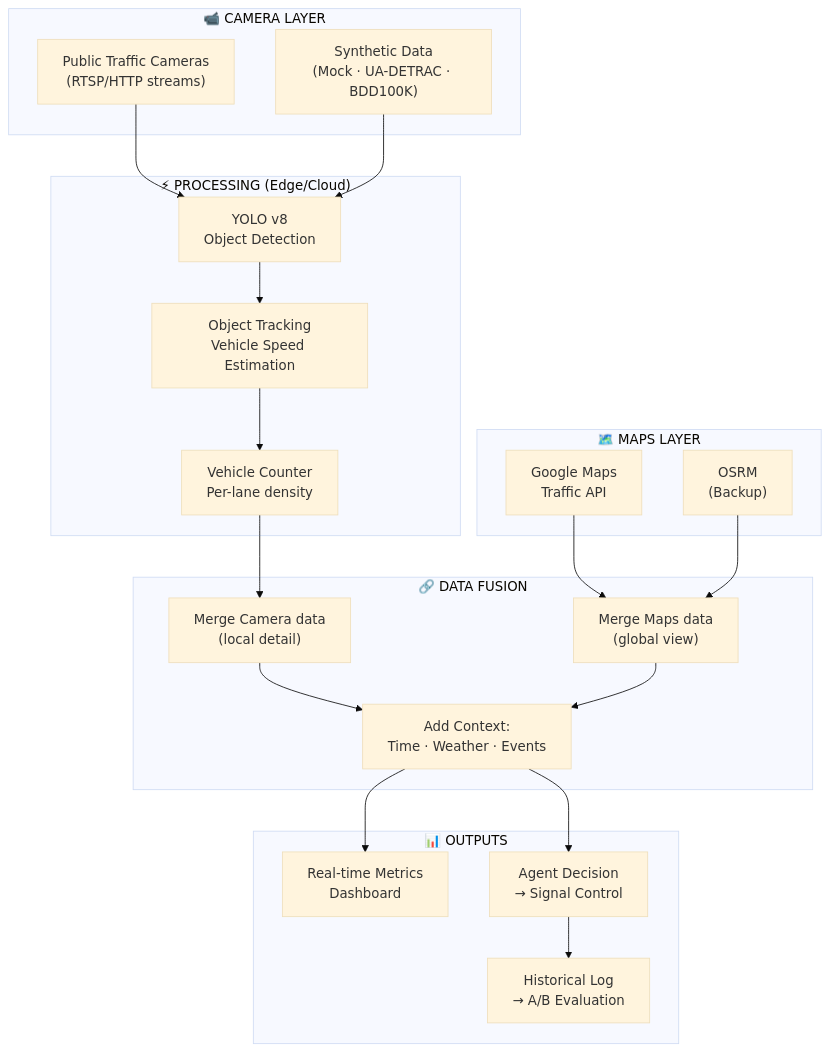
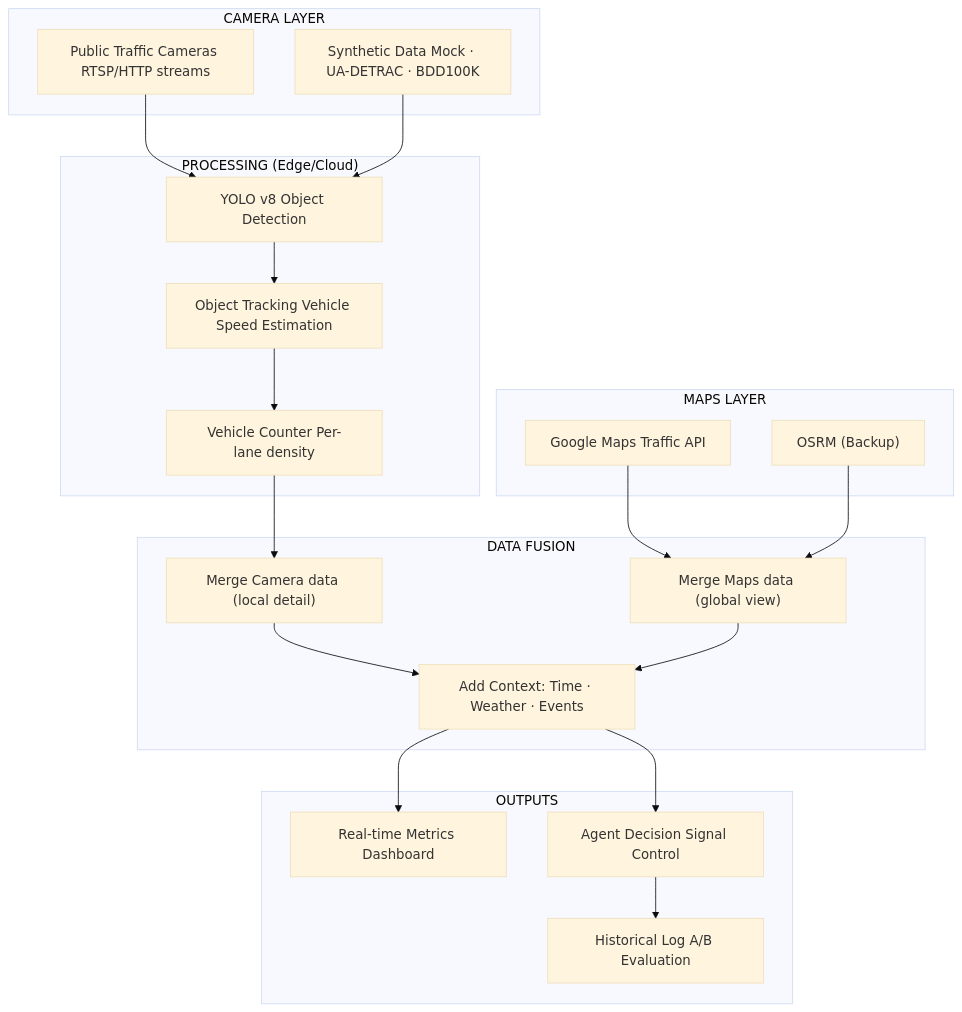
Before and after one commit to tanh1c/agent-traffic: the third of 9 diagrams in docs/architecture.md, drawn with Mermaid (base theme). The commit also changed other lines of this file, not shown here.

Commit message:
docs: use default mermaid colors and English only

````diff
--- a/docs/architecture.md
+++ b/docs/architecture.md
@@ -102,43 +102,43 @@
 ```mermaid
 flowchart TB
-    subgraph CAMERA_LAYER["📹 CAMERA LAYER"]
-        C1["Public Traffic Cameras<br/>(RTSP/HTTP streams)"]
-        C2["Synthetic Data<br/>(Mock · UA-DETRAC · BDD100K)"]
+    subgraph CAMERA_LAYER["CAMERA LAYER"]
+        C1["Public Traffic Cameras RTSP/HTTP streams"]
+        C2["Synthetic Data Mock · UA-DETRAC · BDD100K"]
     end
 
-    subgraph PROCESSING["⚡ PROCESSING (Edge/Cloud)"]
-        YOLO["YOLO v8<br/>Object Detection"]
-        TRACK["Object Tracking<br/>Vehicle Speed Estimation"]
-        COUNT["Vehicle Counter<br/>Per-lane density"]
+    subgraph PROCESSING["PROCESSING (Edge/Cloud)"]
+        YOLO["YOLO v8 Object Detection"]
+        TRACK["Object Tracking Vehicle Speed Estimation"]
+        COUNT["Vehicle Counter Per-lane density"]
     end
 
-    subgraph MAPS_LAYER["🗺️ MAPS LAYER"]
-        GMAPS["Google Maps<br/>Traffic API"]
-        OSRM["OSRM<br/>(Backup)"]
+    subgraph MAPS_LAYER["MAPS LAYER"]
+        GMAPS["Google Maps Traffic API"]
+        OSRM["OSRM (Backup)"]
     end
 
-    subgraph FUSION["🔗 DATA FUSION"]
-        F1["Merge Camera data<br/>(local detail)"]
-        F2["Merge Maps data<br/>(global view)"]
-        F3["Add Context:<br/>Time · Weather · Events"]
+    subgraph FUSION["DATA FUSION"]
+        F1["Merge Camera data (local detail)"]
+        F2["Merge Maps data (global view)"]
+        F3["Add Context: Time · Weather · Events"]
     end
 
-    subgraph OUTPUT["📊 OUTPUTS"]
-        METRICS["Real-time Metrics<br/>Dashboard"]
-        DECISION["Agent Decision<br/>→ Signal Control"]
-        HISTORY["Historical Log<br/>→ A/B Evaluation"]
+    subgraph OUTPUT["OUTPUTS"]
+        METRICS["Real-time Metrics Dashboard"]
+        DECISION["Agent Decision Signal Control"]
+        HISTORY["Historical Log A/B Evaluation"]
     end
 
     C1 --> YOLO
     C2 --> YOLO
     YOLO --> TRACK
     TRACK --> COUNT
     COUNT --> F1
     GMAPS --> F2
     OSRM --> F2
     F1 --> F3
     F2 --> F3
     F3 --> METRICS
     F3 --> DECISION
     DECISION --> HISTORY
 ```
````
